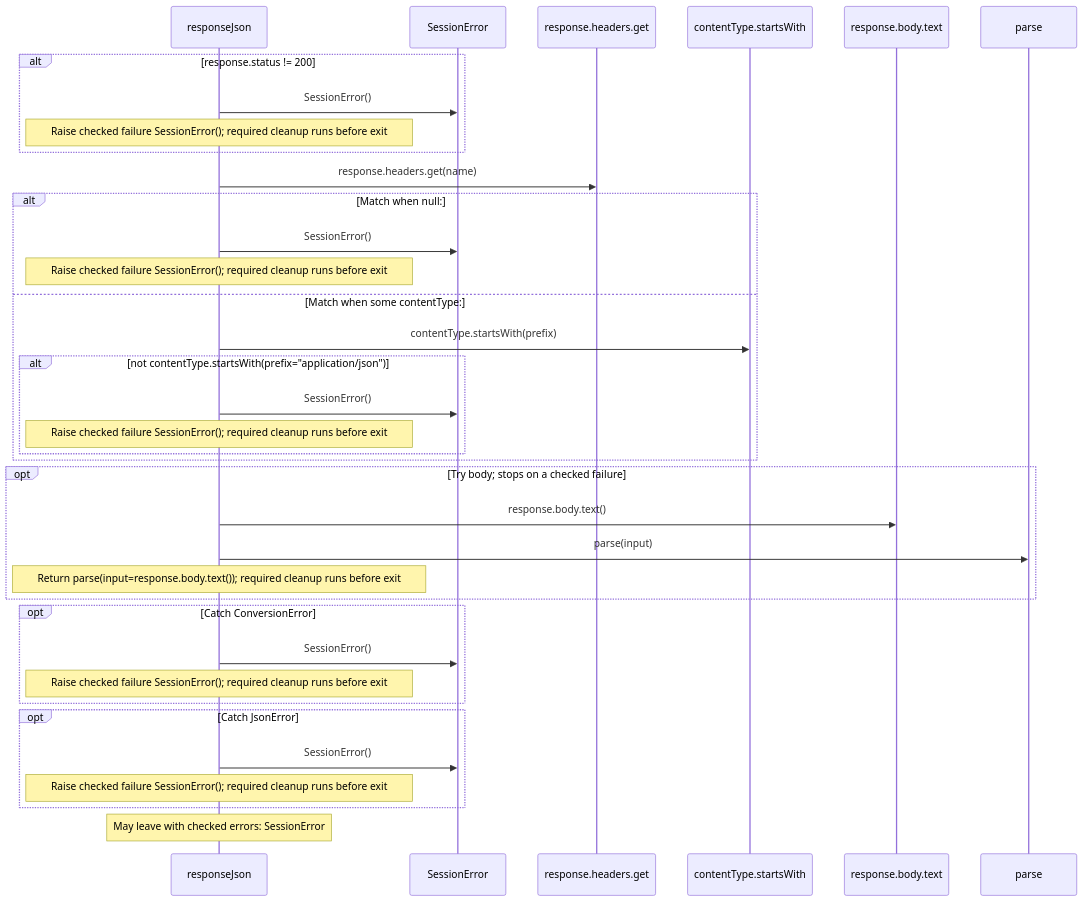
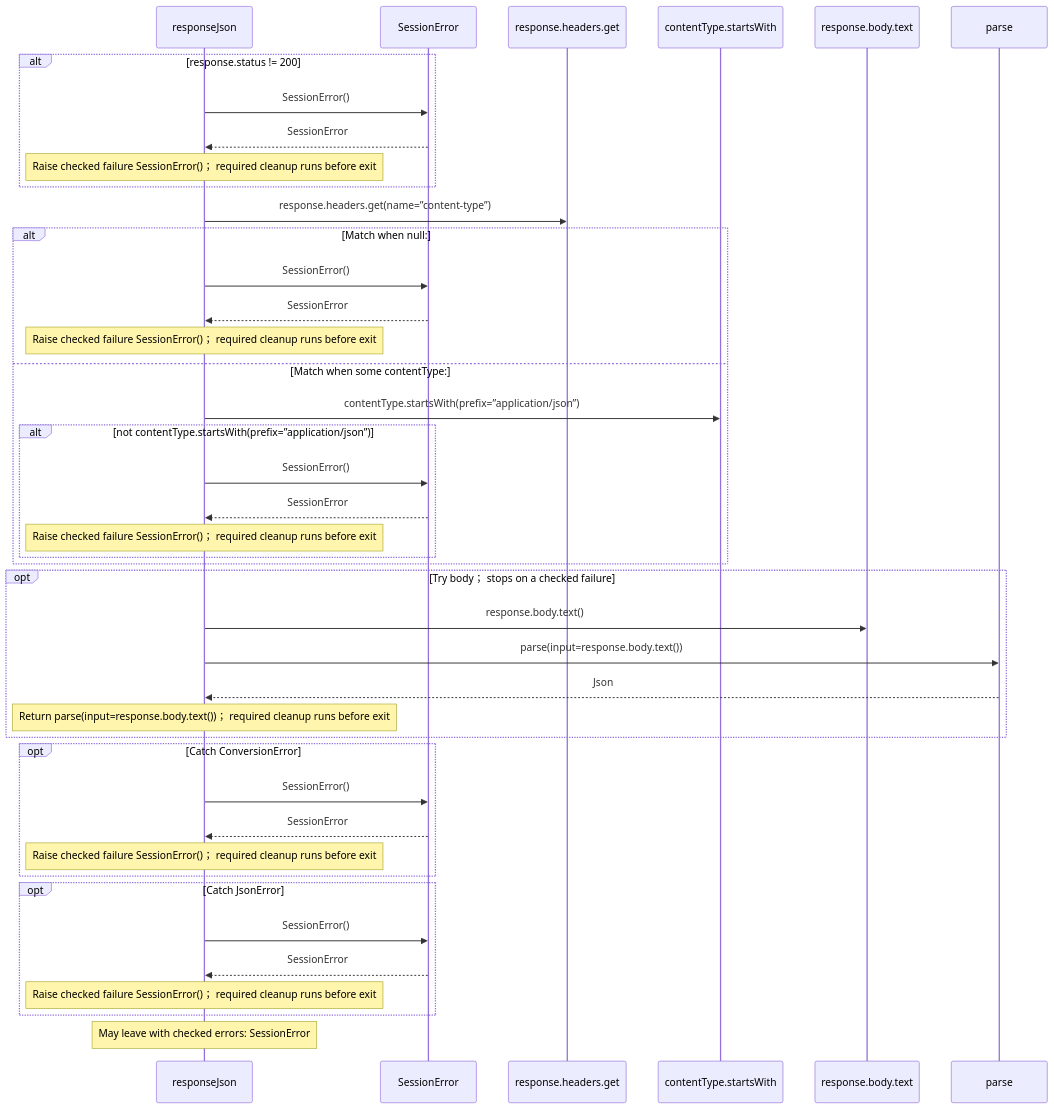
The third of 6 diagrams in docs/examples/oidc-login/client/protocol-diagrams.md (GreenPandaStudios/augscript), drawn with Mermaid before and after one commit. The commit also changed other lines of this file and 524 other files, not shown here.

Commit message:
Explain checked data flow at folder and service levels

````diff
--- a/docs/examples/oidc-login/client/protocol-diagrams.md
+++ b/docs/examples/oidc-login/client/protocol-diagrams.md
@@ -110,38 +102,44 @@
 ```mermaid
 sequenceDiagram
     participant p0 as responseJson
     participant p1 as SessionError
     participant p2 as response.headers.get
     participant p3 as contentType.startsWith
     participant p4 as response.body.text
     participant p5 as parse
     alt response.status != 200
     p0->>p1: SessionError()
-    Note over p0: Raise checked failure SessionError()#59; required cleanup runs before exit
+    p1-->>p0: SessionError
+    Note over p0: Raise checked failure SessionError()； required cleanup runs before exit
     end
-    p0->>p2: response.headers.get(name)
+    p0->>p2: response.headers.get(name=”content-type”)
     alt Match when null:
     p0->>p1: SessionError()
-    Note over p0: Raise checked failure SessionError()#59; required cleanup runs before exit
+    p1-->>p0: SessionError
+    Note over p0: Raise checked failure SessionError()； required cleanup runs before exit
     else Match when some contentType:
-    p0->>p3: contentType.startsWith(prefix)
-    alt not contentType.startsWith(prefix=#34;application/json#34;)
+    p0->>p3: contentType.startsWith(prefix=”application/json”)
+    alt not contentType.startsWith(prefix=”application/json”)
     p0->>p1: SessionError()
-    Note over p0: Raise checked failure SessionError()#59; required cleanup runs before exit
+    p1-->>p0: SessionError
+    Note over p0: Raise checked failure SessionError()； required cleanup runs before exit
     end
     end
-    opt Try body#59; stops on a checked failure
+    opt Try body； stops on a checked failure
     p0->>p4: response.body.text()
-    p0->>p5: parse(input)
-    Note over p0: Return parse(input=response.body.text())#59; required cleanup runs before exit
+    p0->>p5: parse(input=response.body.text())
+    p5-->>p0: Json
+    Note over p0: Return parse(input=response.body.text())； required cleanup runs before exit
     end
     opt Catch ConversionError
     p0->>p1: SessionError()
-    Note over p0: Raise checked failure SessionError()#59; required cleanup runs before exit
+    p1-->>p0: SessionError
+    Note over p0: Raise checked failure SessionError()； required cleanup runs before exit
     end
     opt Catch JsonError
     p0->>p1: SessionError()
-    Note over p0: Raise checked failure SessionError()#59; required cleanup runs before exit
+    p1-->>p0: SessionError
+    Note over p0: Raise checked failure SessionError()； required cleanup runs before exit
     end
     Note over p0: May leave with checked errors: SessionError
 ```
````
